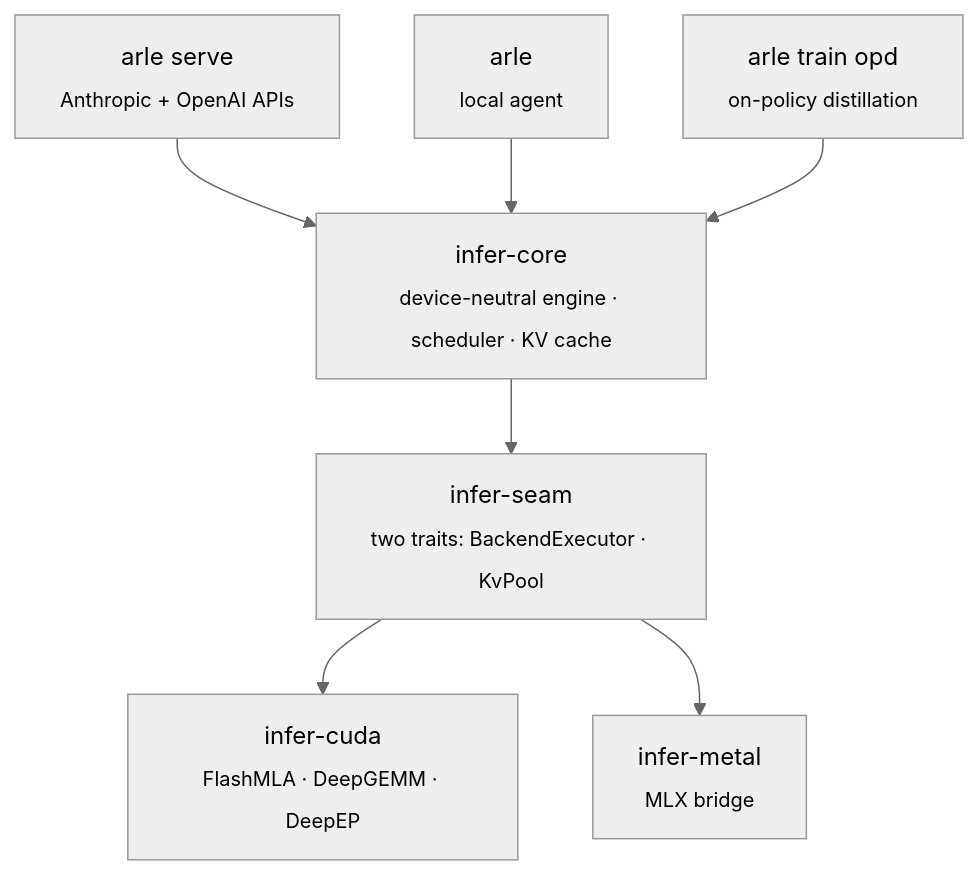
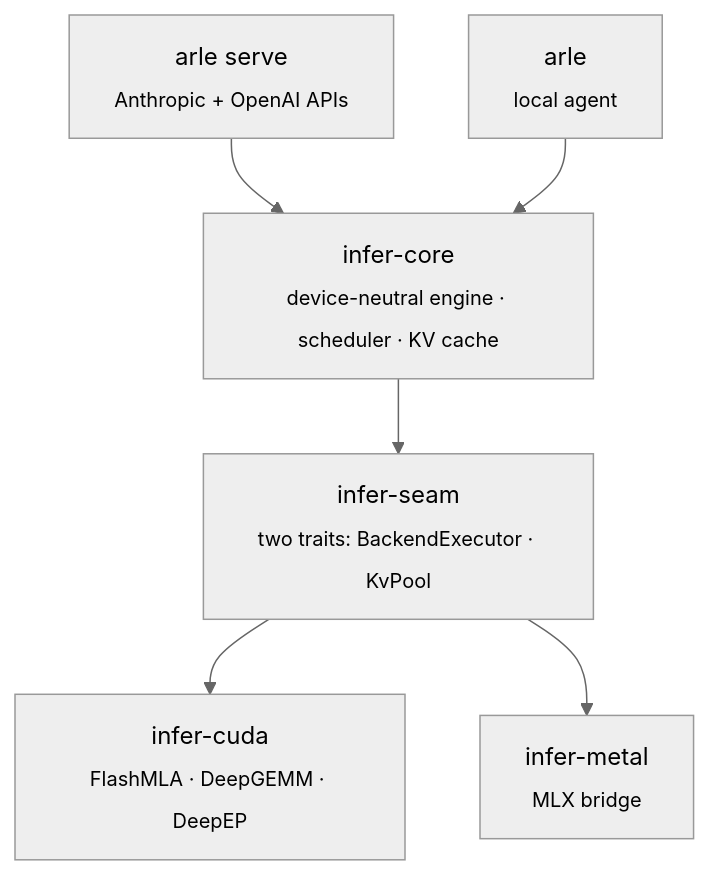
One commit to acupof-ai/arle changed the diagram in README.md. Above: the diagram before and after it, drawn with Mermaid (neutral theme). The commit also changed other lines of this file and 297 other files, not shown here.

First line of the commit message:
refactor: move the OPD training stack (train, autograd, spec-train) out of arle

````diff
--- a/README.md
+++ b/README.md
@@ -159,16 +147,14 @@
 ```mermaid
 flowchart TB
  Serve["arle serve<br/><sub>Anthropic + OpenAI APIs</sub>"]
  Agent["arle<br/><sub>local agent</sub>"]
- Train["arle train opd<br/><sub>on-policy distillation</sub>"]
  Core["infer-core<br/><sub>device-neutral engine · scheduler · KV cache</sub>"]
  Seam["infer-seam<br/><sub>two traits: BackendExecutor · KvPool</sub>"]
  CUDA["infer-cuda<br/><sub>FlashMLA · DeepGEMM · DeepEP</sub>"]
  Metal["infer-metal<br/><sub>MLX bridge</sub>"]
  Serve --> Core
  Agent --> Core
- Train --> Core
  Core --> Seam
  Seam --> CUDA
  Seam --> Metal
 ```
````
